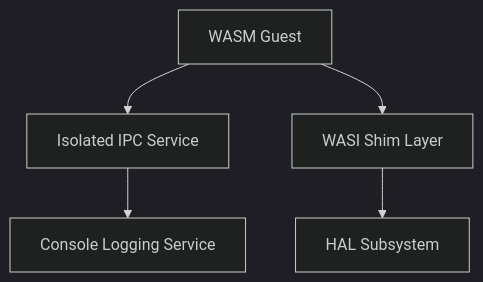
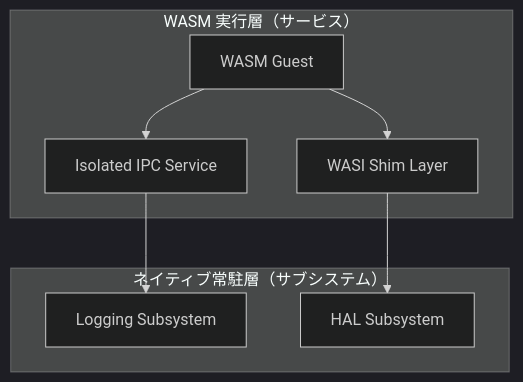
The first of 3 diagrams in docs/components/tier1_interface/system_service.md (kmt-t/fireball), drawn with Mermaid (dark theme) before and after one commit. The commit also changed other lines of this file and 51 other files, not shown here.

````diff
--- a/docs/components/tier1_interface/system_service.md
+++ b/docs/components/tier1_interface/system_service.md
@@ -21,7 +21,13 @@
 ```mermaid
 graph TD
-    Guest[WASM Guest] --> IPCService[Isolated IPC Service]
-    Guest --> WASI[WASI Shim Layer]
-    IPCService --> Console[Console Logging Service]
-    WASI --> HAL[HAL Subsystem]
+    subgraph WasmLayer["WASM 実行層（サービス）"]
+        Guest[WASM Guest] --> IPCService[Isolated IPC Service]
+        Guest --> WASI[WASI Shim Layer]
+    end
+    subgraph NativeLayer["ネイティブ常駐層（サブシステム）"]
+        Logging[Logging Subsystem]
+        HAL[HAL Subsystem]
+    end
+    IPCService --> Logging
+    WASI --> HAL
 ```
````
